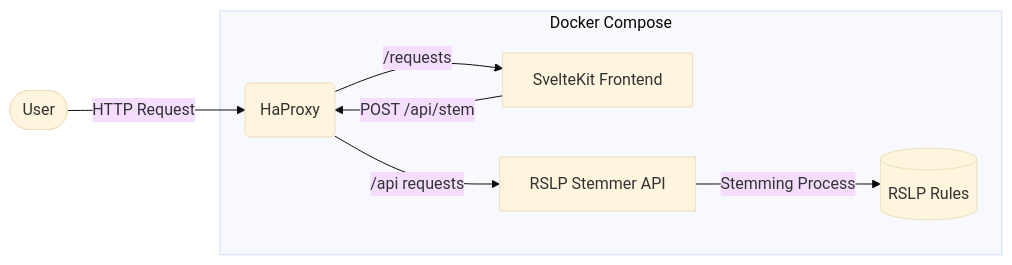
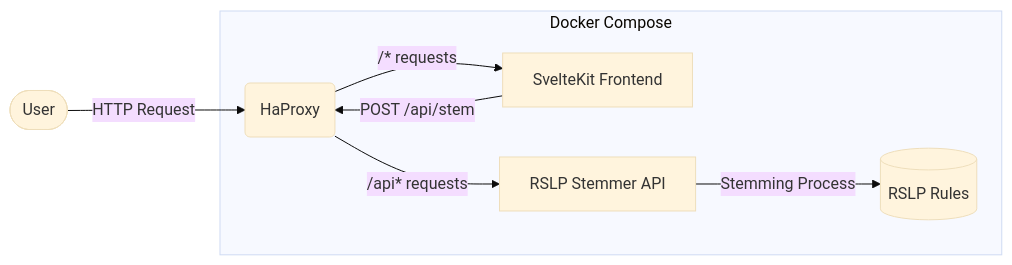
Before and after one commit to MateuxLucax/rslp-checker: the first of 2 diagrams in README.md, drawn with Mermaid (base theme).

Commit message:
refac: update system architecture diagram

````diff
--- a/README.md
+++ b/README.md
@@ -12,14 +12,14 @@
 ```mermaid
 flowchart LR
     Client([User]) -->|HTTP Request| HaProxy(HaProxy)
-    HaProxy -->| /requests| Frontend[SvelteKit Frontend]
-    HaProxy -->|/api requests| Backend[RSLP Stemmer API]
+    HaProxy -->| /* requests| Frontend[SvelteKit Frontend]
+    HaProxy -->|/api* requests| Backend[RSLP Stemmer API]
     Frontend -->|POST /api/stem| HaProxy
     Backend -->|Stemming Process| RSLPRules[(RSLP Rules)]
     subgraph Docker Compose
         HaProxy
         Frontend
         Backend
         RSLPRules
     end
 ```
````
